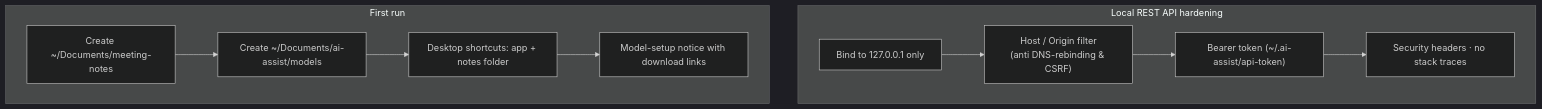
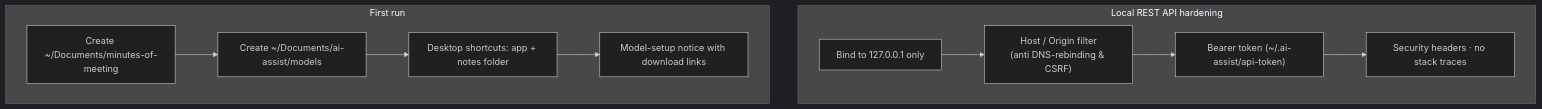
Before and after one commit to marutisridharjob/ai-assist: the fifth of 5 diagrams in docs/ARCHITECTURE.md, drawn with Mermaid (dark theme). The commit also changed other lines of this file and 12 other files, not shown here.

````diff
--- a/docs/ARCHITECTURE.md
+++ b/docs/ARCHITECTURE.md
@@ -196,17 +196,17 @@
 ```mermaid
 flowchart TB
     subgraph Sec["Local REST API hardening"]
         A["Bind to 127.0.0.1 only"]
         B["Host / Origin filter<br/>(anti DNS-rebinding & CSRF)"]
         C["Bearer token (~/.ai-assist/api-token)"]
         D["Security headers · no stack traces"]
     end
     subgraph First["First run"]
-        E["Create ~/Documents/meeting-notes"]
+        E["Create ~/Documents/minutes-of-meeting"]
         F["Create ~/Documents/ai-assist/models"]
         G["Desktop shortcuts: app + notes folder"]
         H["Model-setup notice with download links"]
     end
     A --> B --> C --> D
     E --> F --> G --> H
 ```
````
